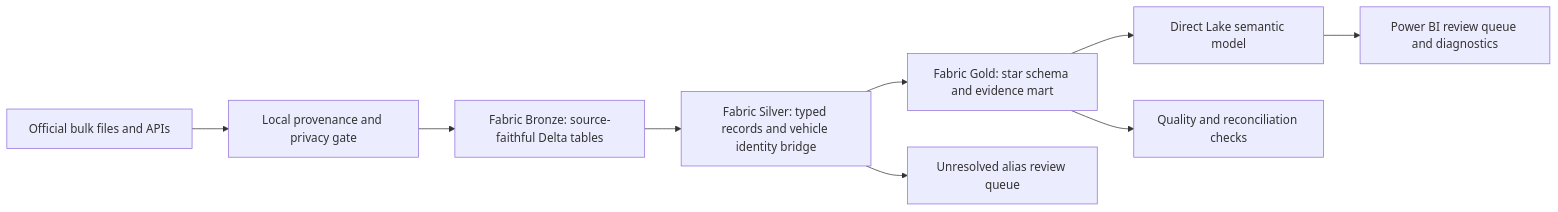
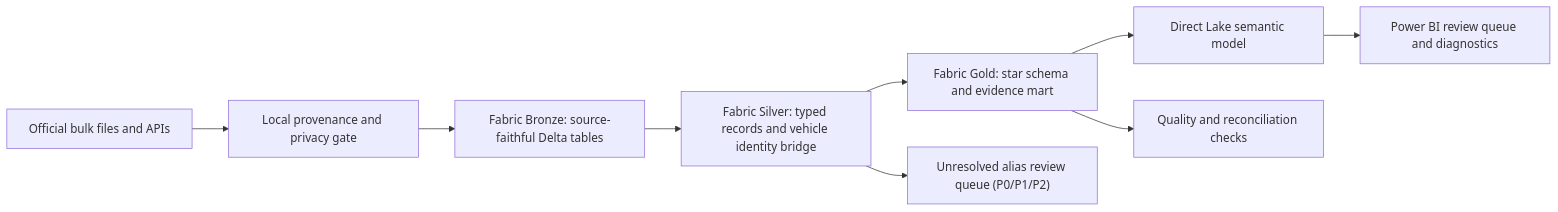
The diagram in README.md (Harivinayak20/auto-evidence-360), drawn with Mermaid before and after one commit. The commit also changed other lines of this file and 21 other files, not shown here.

````diff
--- a/README.md
+++ b/README.md
@@ -41,11 +62,11 @@
 ```mermaid
 flowchart LR
     A["Official bulk files and APIs"] --> B["Local provenance and privacy gate"]
     B --> C["Fabric Bronze: source-faithful Delta tables"]
     C --> D["Fabric Silver: typed records and vehicle identity bridge"]
     D --> E["Fabric Gold: star schema and evidence mart"]
     E --> F["Direct Lake semantic model"]
     F --> G["Power BI review queue and diagnostics"]
-    D --> H["Unresolved alias review queue"]
+    D --> H["Unresolved alias review queue (P0/P1/P2)"]
     E --> I["Quality and reconciliation checks"]
 ```
````
